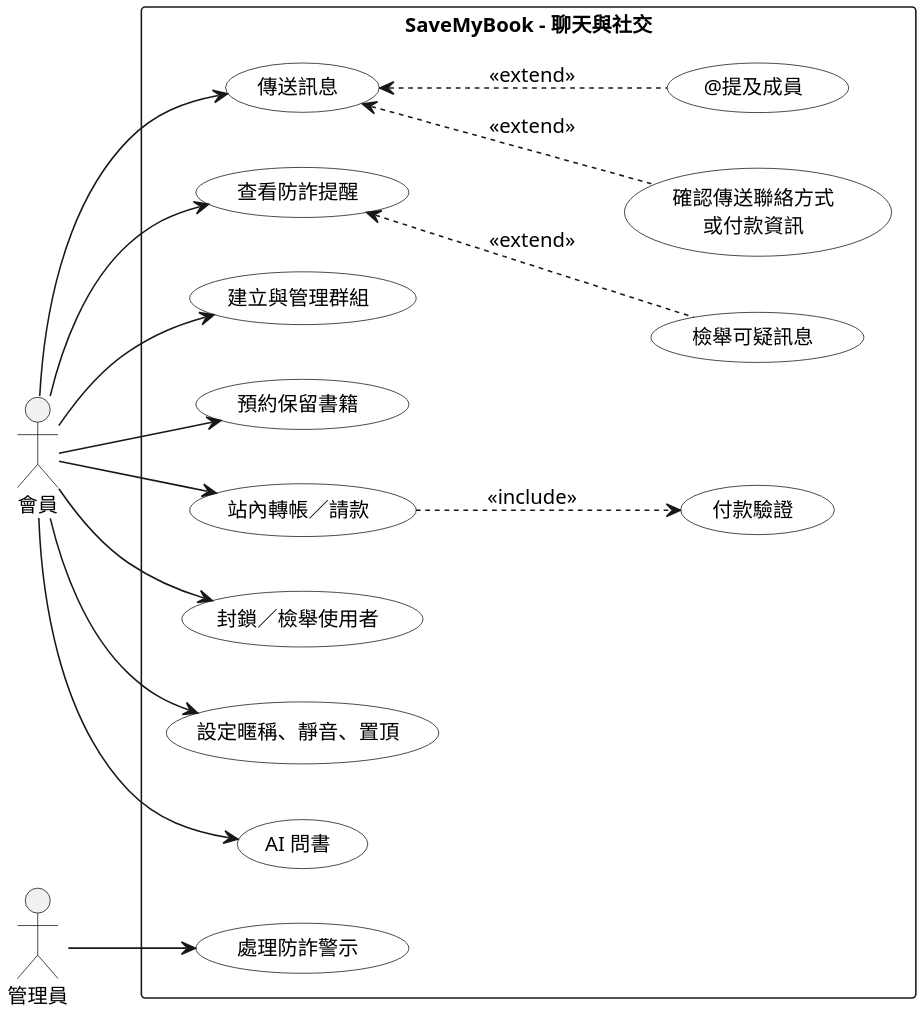
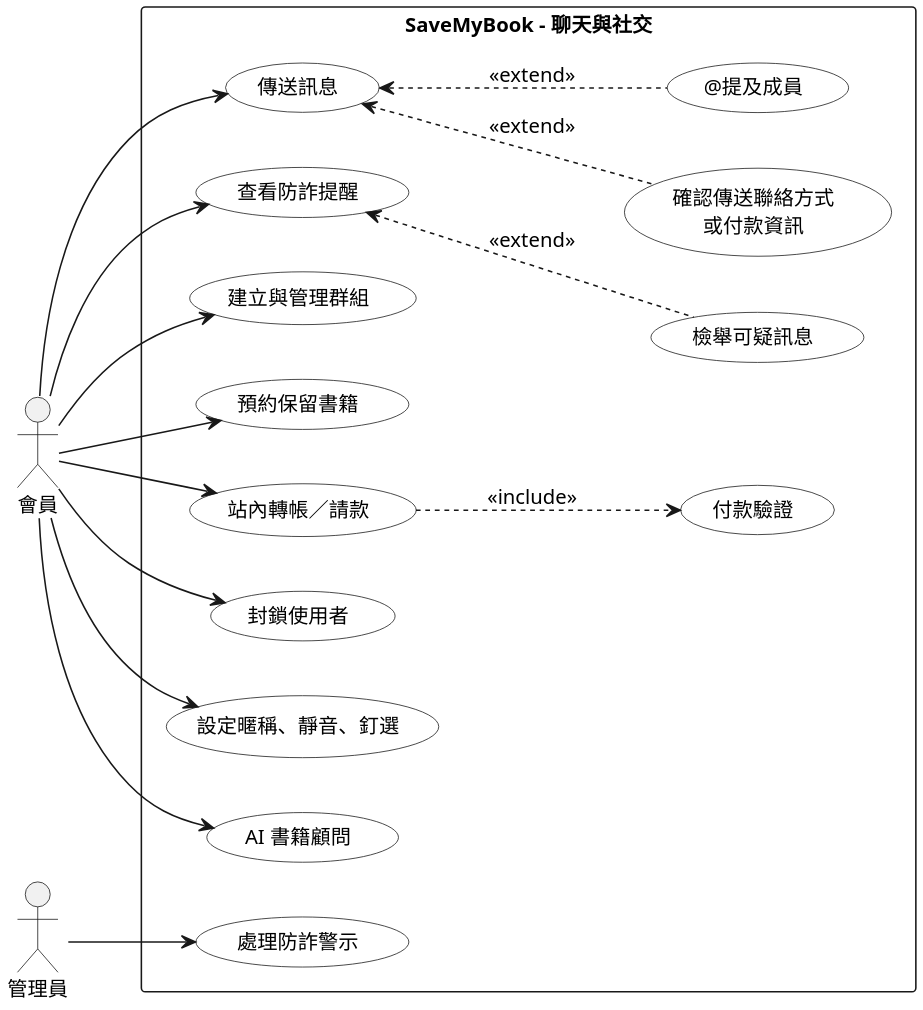
Before and after one commit to SaveMyBook/SaveMyBook: the diagram in Diagrams/Use Case/v3/uc_chat.puml, drawn with PlantUML. The commit also changed 288 other files, not shown here.

```diff
--- a/Diagrams/Use Case/v3/uc_chat.puml
+++ b/Diagrams/Use Case/v3/uc_chat.puml
@@ -1,44 +1,44 @@
 @startuml
 skinparam monochrome true
 skinparam shadowing false
 skinparam dpi 220
 skinparam defaultFontName "PingFang TC"
 skinparam defaultFontSize 13
 skinparam usecase {
   BackgroundColor white
 }
 left to right direction
 
 actor 會員
 actor 管理員
 
 rectangle "SaveMyBook - 聊天與社交" {
   usecase "傳送訊息" as send
   usecase "確認傳送聯絡方式\n或付款資訊" as confirm
   usecase "查看防詐提醒" as warn
   usecase "檢舉可疑訊息" as reportmsg
   usecase "@提及成員" as mention
   usecase "建立與管理群組" as group
   usecase "預約保留書籍" as reserve
   usecase "站內轉帳／請款" as transfer
   usecase "付款驗證" as verify
-  usecase "封鎖／檢舉使用者" as block
-  usecase "設定暱稱、靜音、置頂" as settings
-  usecase "AI 問書" as aichat
+  usecase "封鎖使用者" as block
+  usecase "設定暱稱、靜音、釘選" as settings
+  usecase "AI 書籍顧問" as aichat
   usecase "處理防詐警示" as alert
 }
 
 會員 --> send
 會員 --> warn
 會員 --> group
 會員 --> reserve
 會員 --> transfer
 會員 --> block
 會員 --> settings
 會員 --> aichat
 send <.. confirm : <<extend>>
 send <.. mention : <<extend>>
 transfer ..> verify : <<include>>
 warn <.. reportmsg : <<extend>>
 管理員 --> alert
 @enduml
```
